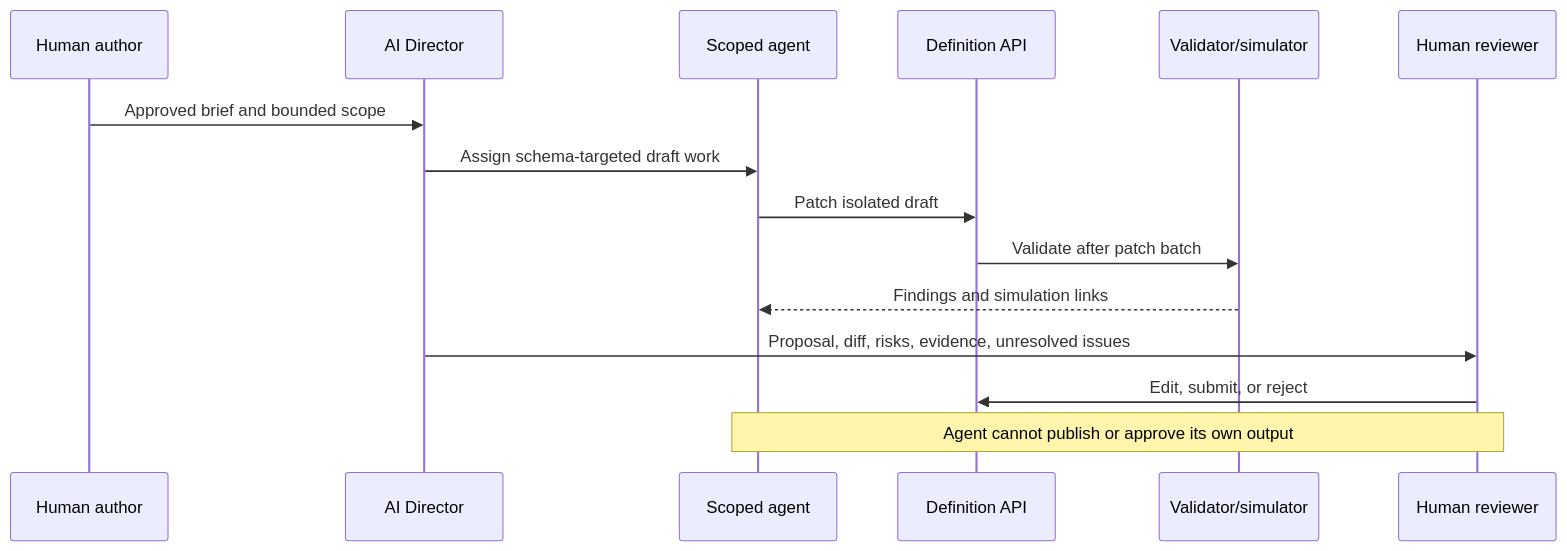
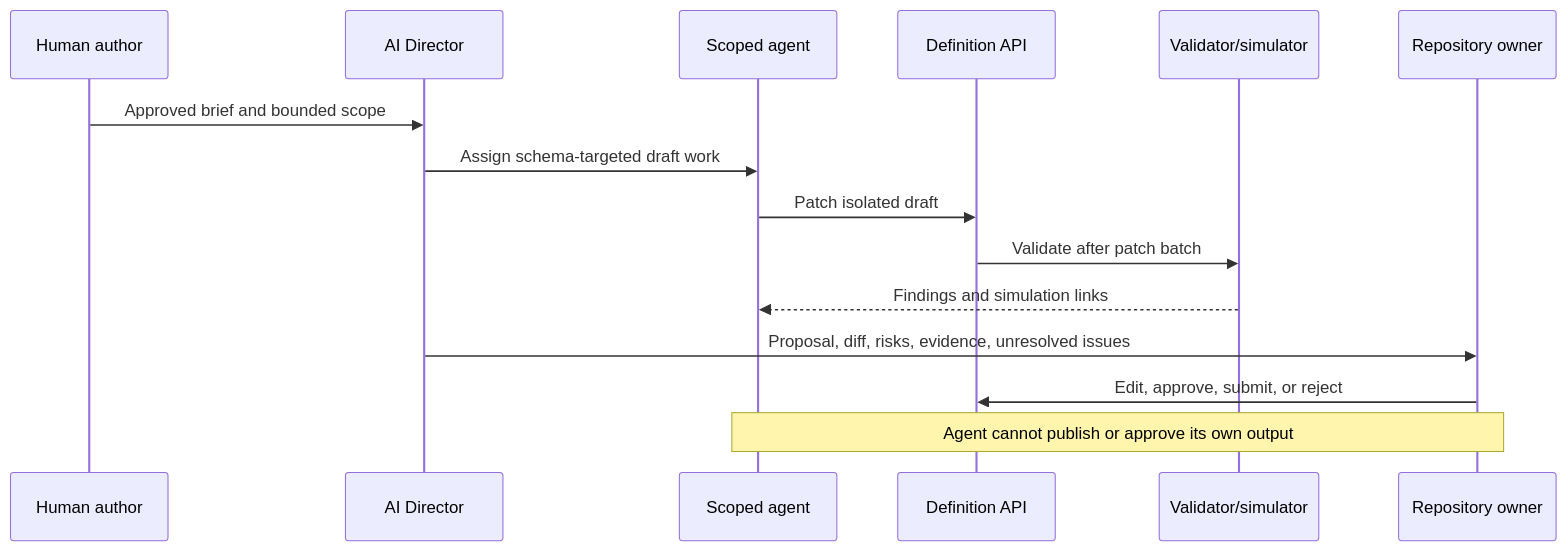
Before and after one commit to Lengrowth/LenGeas: the diagram in docs/architecture/diagrams/sequence-ai-review.mmd, drawn with Mermaid. The commit also changed 37 other files, not shown here.

```diff
--- a/docs/architecture/diagrams/sequence-ai-review.mmd
+++ b/docs/architecture/diagrams/sequence-ai-review.mmd
@@ -1,15 +1,15 @@
 sequenceDiagram
   participant U as Human author
   participant D as AI Director
   participant A as Scoped agent
   participant API as Definition API
   participant V as Validator/simulator
-  participant R as Human reviewer
+  participant R as Repository owner
   U->>D: Approved brief and bounded scope
   D->>A: Assign schema-targeted draft work
   A->>API: Patch isolated draft
   API->>V: Validate after patch batch
   V-->>A: Findings and simulation links
   D->>R: Proposal, diff, risks, evidence, unresolved issues
-  R->>API: Edit, submit, or reject
+  R->>API: Edit, approve, submit, or reject
   Note over A,R: Agent cannot publish or approve its own output
```
